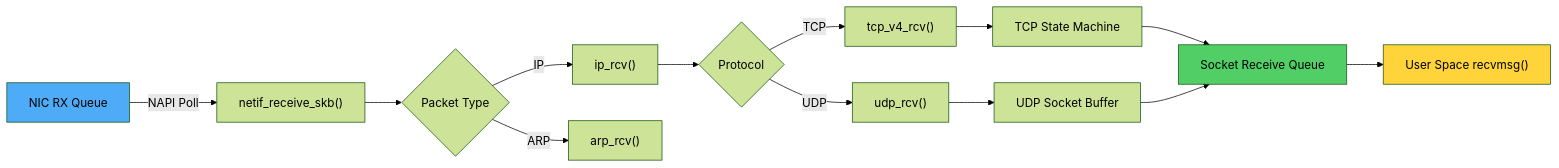
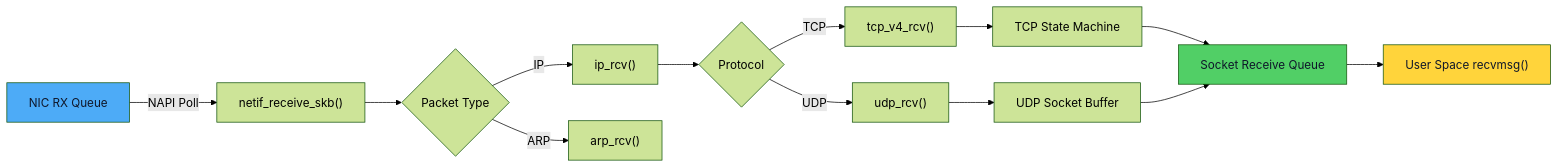
The third of 5 diagrams in topics/computing/infrastructure/linux_kernel/labs.md (blebleblee/synapse), drawn with Mermaid (forest theme) before and after one commit. The commit also changed other lines of this file and 1464 other files, not shown here.

Commit message:
feat(release): curriculum vector mermaid upgrade, render hardening, and master synpack

````diff
--- a/topics/computing/infrastructure/linux_kernel/labs.md
+++ b/topics/computing/infrastructure/linux_kernel/labs.md
@@ -343,19 +343,19 @@
 ```mermaid
 graph LR
     A["NIC RX Queue"] -->|"NAPI Poll"| B["netif_receive_skb()"]
     B --> C{"Packet Type"}
     C -->|"IP"| D["ip_rcv()"]
     C -->|"ARP"| E["arp_rcv()"]
     D --> F{"Protocol"}
     F -->|"TCP"| G["tcp_v4_rcv()"]
     F -->|"UDP"| H["udp_rcv()"]
     G --> I["TCP State Machine"]
     H --> J["UDP Socket Buffer"]
     I --> K["Socket Receive Queue"]
     J --> K
     K --> L["User Space recvmsg()"]
     
-    style A fill:#4dabf7
-    style K fill:#51cf66
-    style L fill:#ffd43b
+    style A fill:#4dabf7,color:#0f172a
+    style K fill:#51cf66,color:#0f172a
+    style L fill:#ffd43b,color:#0f172a
 ```
````
